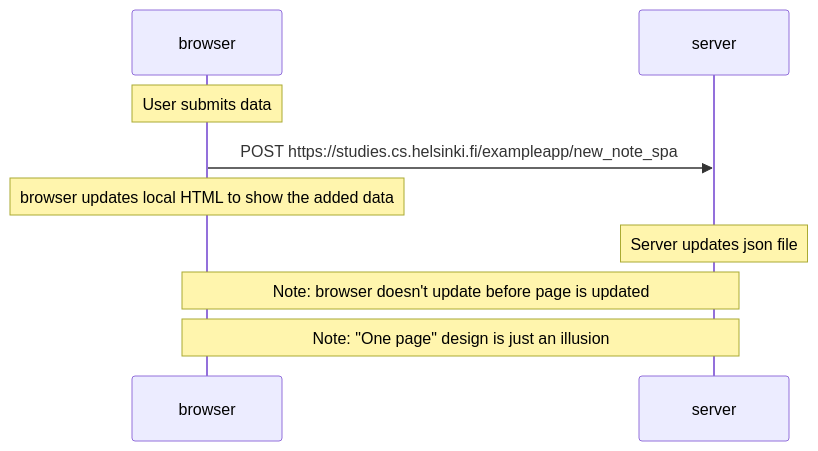
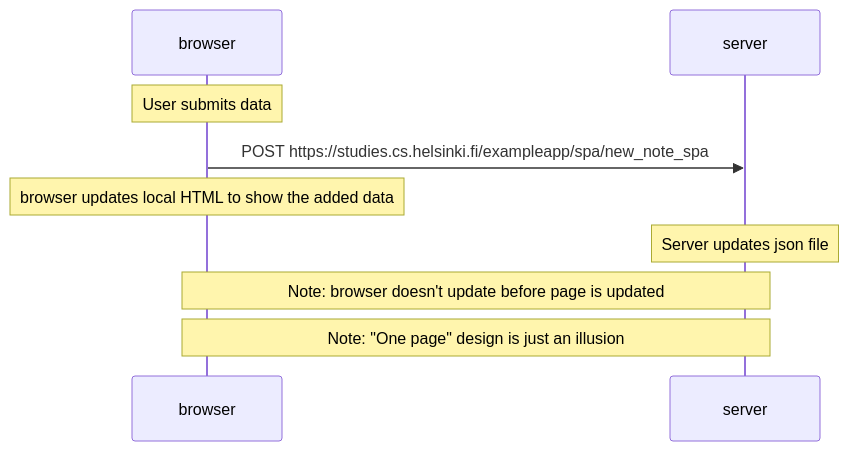
Before and after one commit to Datapoitsu/Fullstackopen_Junkkala: the diagram in Osa 0/0.6/code.mmd, drawn with Mermaid.

```diff
--- a/Osa 0/0.6/code.mmd
+++ b/Osa 0/0.6/code.mmd
@@ -1,10 +1,10 @@
 sequenceDiagram
     participant browser
     participant server
 
     Note over browser: User submits data
-    browser->>server: POST https://studies.cs.helsinki.fi/exampleapp/new_note_spa
+    browser->>server: POST https://studies.cs.helsinki.fi/exampleapp/spa/new_note_spa
     Note over browser: browser updates local HTML to show the added data
     Note over server: Server updates json file
     Note over browser,server: Note: browser doesn't update before page is updated
     Note over browser,server: Note: "One page" design is just an illusion
```
